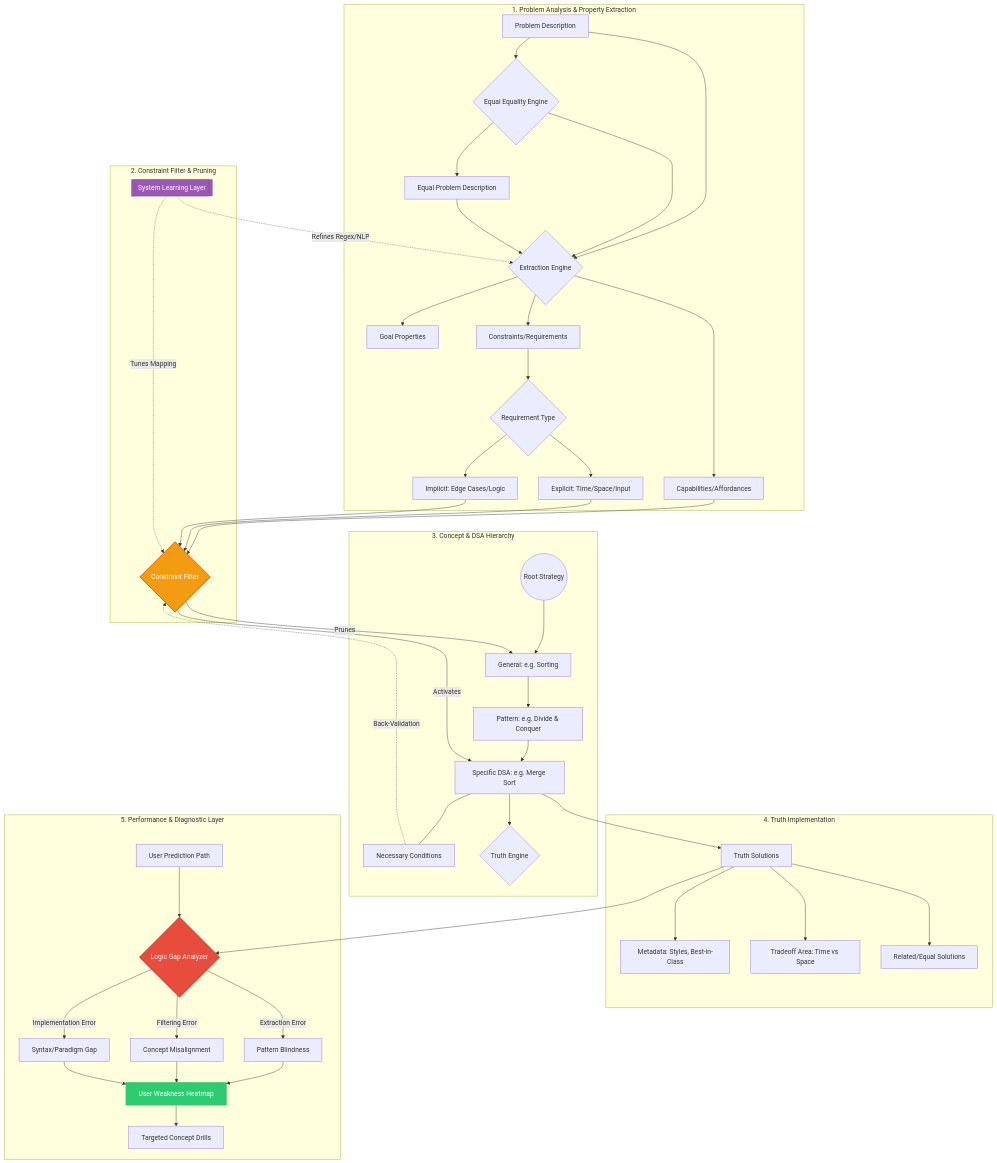
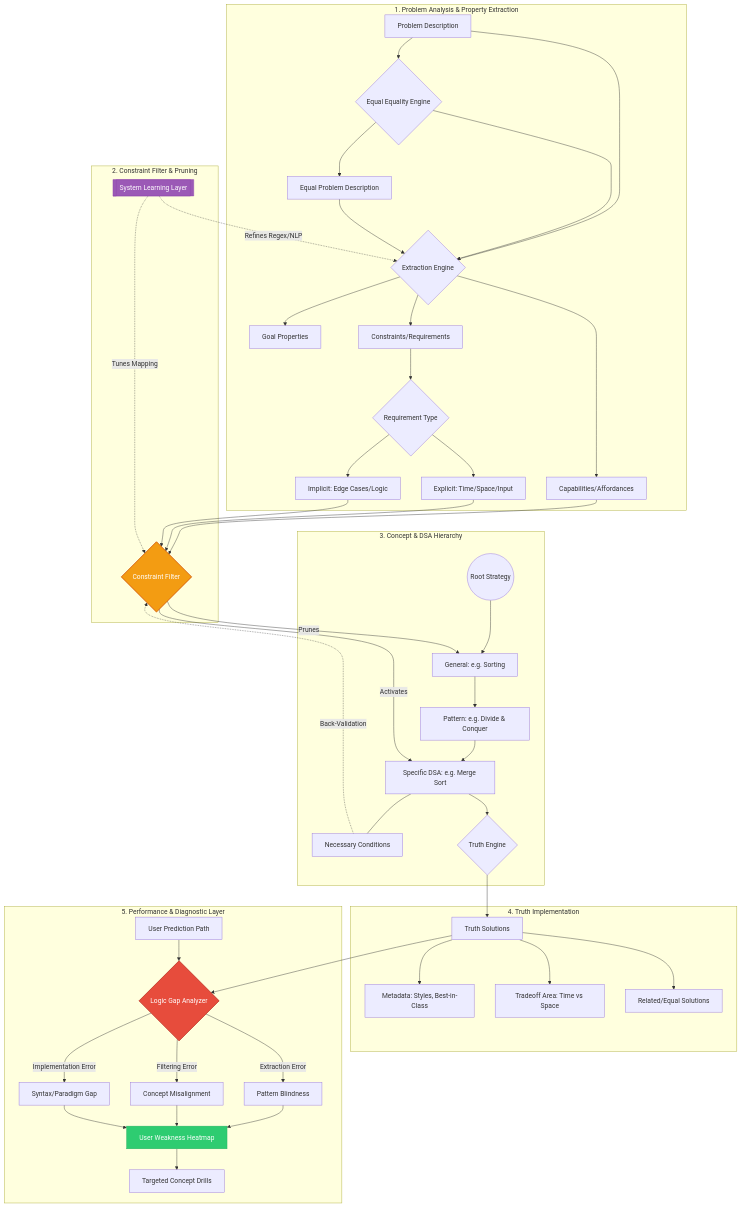
Before and after one commit to tbrumbaugh5396/another_code_trainer: the diagram in README.md, drawn with Mermaid. The commit also changed 1 other file, not shown here.

````diff
--- a/README.md
+++ b/README.md
@@ -1,73 +1,73 @@
 ```mermaid
 graph TD
     %% --- LAYER 1: DATA INGESTION & FEATURE EXTRACTION ---
     subgraph Ingestion_Layer [1. Problem Analysis & Property Extraction]
         P_Raw[Problem Description]         --> P_Analytic{Extraction Engine}
         P_Raw                              --> Equality_Engine{Equal Equality Engine}
         
         Equality_Engine                    --> P_Raw_Equal[Equal Problem Description]
         
 
         P_Analytic                         --> P_Goal[Goal Properties]
         P_Analytic                         --> P_Cap[Capabilities/Affordances]
         P_Analytic                         --> P_Con[Constraints/Requirements]
         
         P_Con                              --> Req_Type{Requirement Type}
         Req_Type                           --> Req_Exp[Explicit: Time/Space/Input]
         Req_Type                           --> Req_Imp[Implicit: Edge Cases/Logic]
 
         Equality_Engine                    --> P_Analytic
         P_Raw_Equal                        --> P_Analytic
     end
 
     %% --- LAYER 2: THE INTERMEDIATE LOGIC GATE ---
     subgraph Logic_Gate [2. Constraint Filter & Pruning]
         P_Cap & Req_Exp & Req_Imp          --> CF_Gate{Constraint Filter}
         
         %% Component Learning (System)
         Sys_Learn[[System Learning Layer]] -.->|Refines Regex/NLP| P_Analytic
         Sys_Learn                          -.->|Tunes Mapping| CF_Gate
     end
 
     %% --- LAYER 3: CONCEPTUAL TAXONOMY (The Tree) ---
     subgraph Concept_Hierarchy [3. Concept & DSA Hierarchy]
         C_Root((Root Strategy))            --> C_General[General: e.g. Sorting]
         C_General                          --> C_Pattern[Pattern: e.g. Divide & Conquer]
         C_Pattern                          --> C_DSA[Specific DSA: e.g. Merge Sort]
         
         CF_Gate                            -->|Prunes| C_General
         CF_Gate                            -->|Activates| C_DSA
         
         C_DSA                              --- C_Nec[Necessary Conditions]
         C_Nec                              -.->|Back-Validation| CF_Gate
 
         C_DSA                              --> Truth_Engine{Truth Engine}
     end
 
     %% --- LAYER 4: SOLUTION OUTCOMES ---
     subgraph Solution_Outcomes [4. Truth Implementation]
-        C_DSA                              --> T_Sol[Truth Solutions]
+        Truth_Engine                       --> T_Sol[Truth Solutions]
         T_Sol                              --> S_Meta[Metadata: Styles, Best-in-Class]
         T_Sol                              --> S_Trade[Tradeoff Area: Time vs Space]
         T_Sol                              --> S_Rel[Related/Equal Solutions]
     end
 
     %% --- LAYER 5: THE USER LEARNING LAYER (The Performance Tracker) ---
     subgraph User_Learning [5. Performance & Diagnostic Layer]
         User_Input[User Prediction Path]   --> Compare{Logic Gap Analyzer}
         T_Sol                              --> Compare
         
         Compare                            -->|Extraction Error| D_Pattern[Pattern Blindness]
         Compare                            -->|Filtering Error| D_Logic[Concept Misalignment]
         Compare                            -->|Implementation Error| D_Skill[Syntax/Paradigm Gap]
         
         D_Pattern & D_Logic & D_Skill      --> Heatmap[User Weakness Heatmap]
         Heatmap                            --> Recommendation[Targeted Concept Drills]
     end
 
     %% Styling
     style CF_Gate fill:#f39c12,stroke:#d35400,stroke-width:2px,color:#fff
     style Sys_Learn fill:#9b59b6,stroke:#8e44ad,color:#fff
     style Compare fill:#e74c3c,stroke:#c0392b,stroke-width:2px,color:#fff
     style Heatmap fill:#2ecc71,stroke:#27ae60,color:#fff
 ```
````
